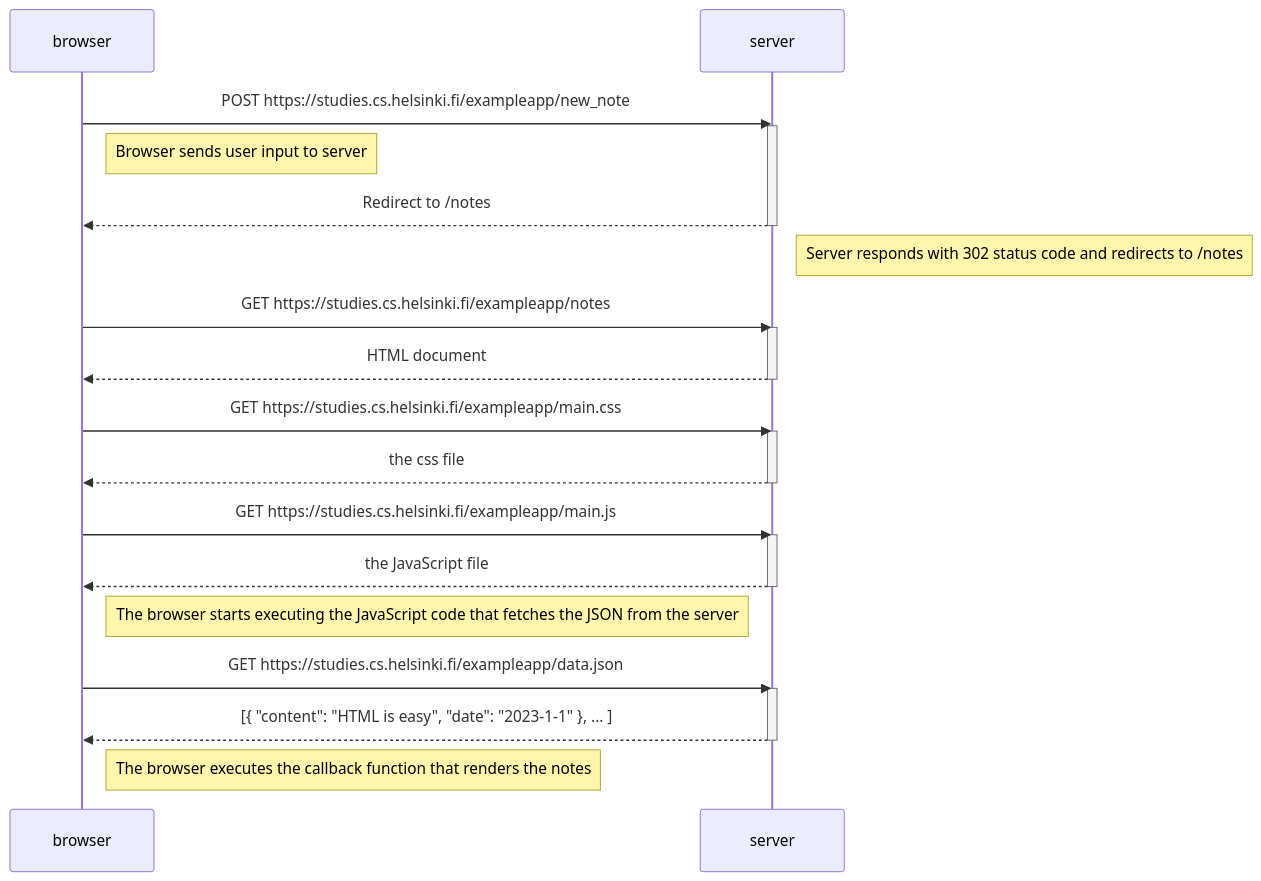
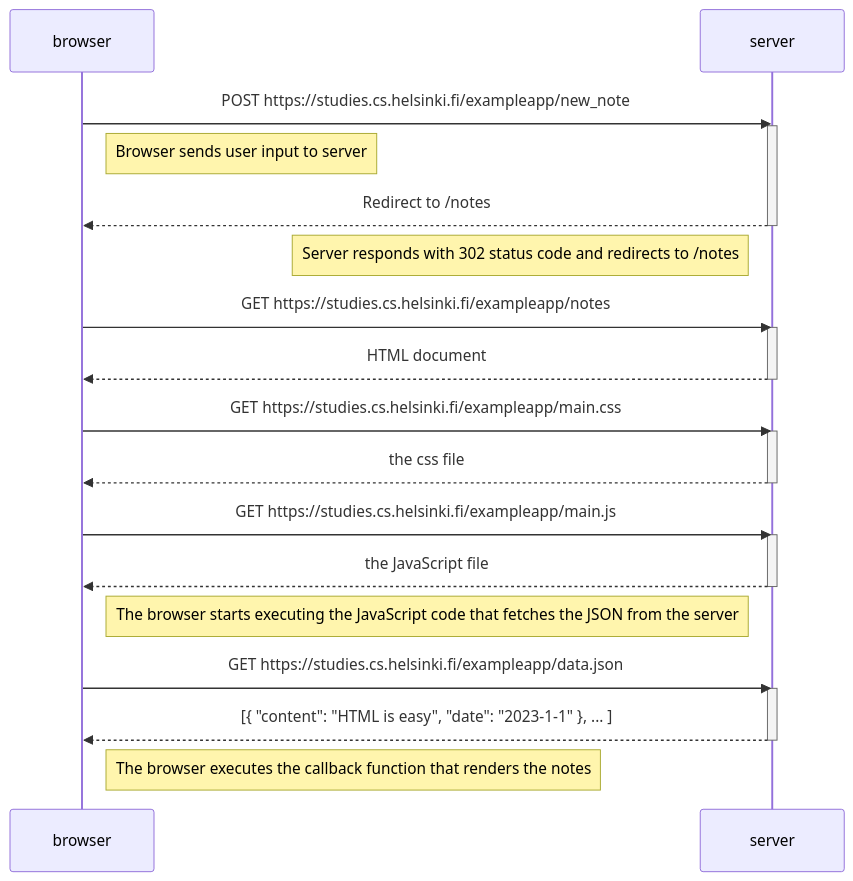
Before and after one commit to dustinburda/fullstackopen: the diagram in part0/Exercise4.md, drawn with Mermaid.

Commit message:
slight visual enhancement

````diff
--- a/part0/Exercise4.md
+++ b/part0/Exercise4.md
@@ -1,40 +1,40 @@
 ```mermaid
 sequenceDiagram
     participant browser
     participant server
 
 
     browser->>server: POST https://studies.cs.helsinki.fi/exampleapp/new_note
     activate server
 
     Note right of browser: Browser sends user input to server
 
     server-->>browser: Redirect to /notes
     deactivate server
 
-    Note right of server: Server responds with 302 status code and redirects to /notes
+    Note left of server: Server responds with 302 status code and redirects to /notes
 
     browser->>server: GET https://studies.cs.helsinki.fi/exampleapp/notes
     activate server
     server-->>browser: HTML document
     deactivate server
 
     browser->>server: GET https://studies.cs.helsinki.fi/exampleapp/main.css
     activate server
     server-->>browser: the css file
     deactivate server
 
     browser->>server: GET https://studies.cs.helsinki.fi/exampleapp/main.js
     activate server
     server-->>browser: the JavaScript file
     deactivate server
 
     Note right of browser: The browser starts executing the JavaScript code that fetches the JSON from the server
 
     browser->>server: GET https://studies.cs.helsinki.fi/exampleapp/data.json
     activate server
     server-->>browser: [{ "content": "HTML is easy", "date": "2023-1-1" }, ... ]
     deactivate server
 
     Note right of browser: The browser executes the callback function that renders the notes
 ```
````
